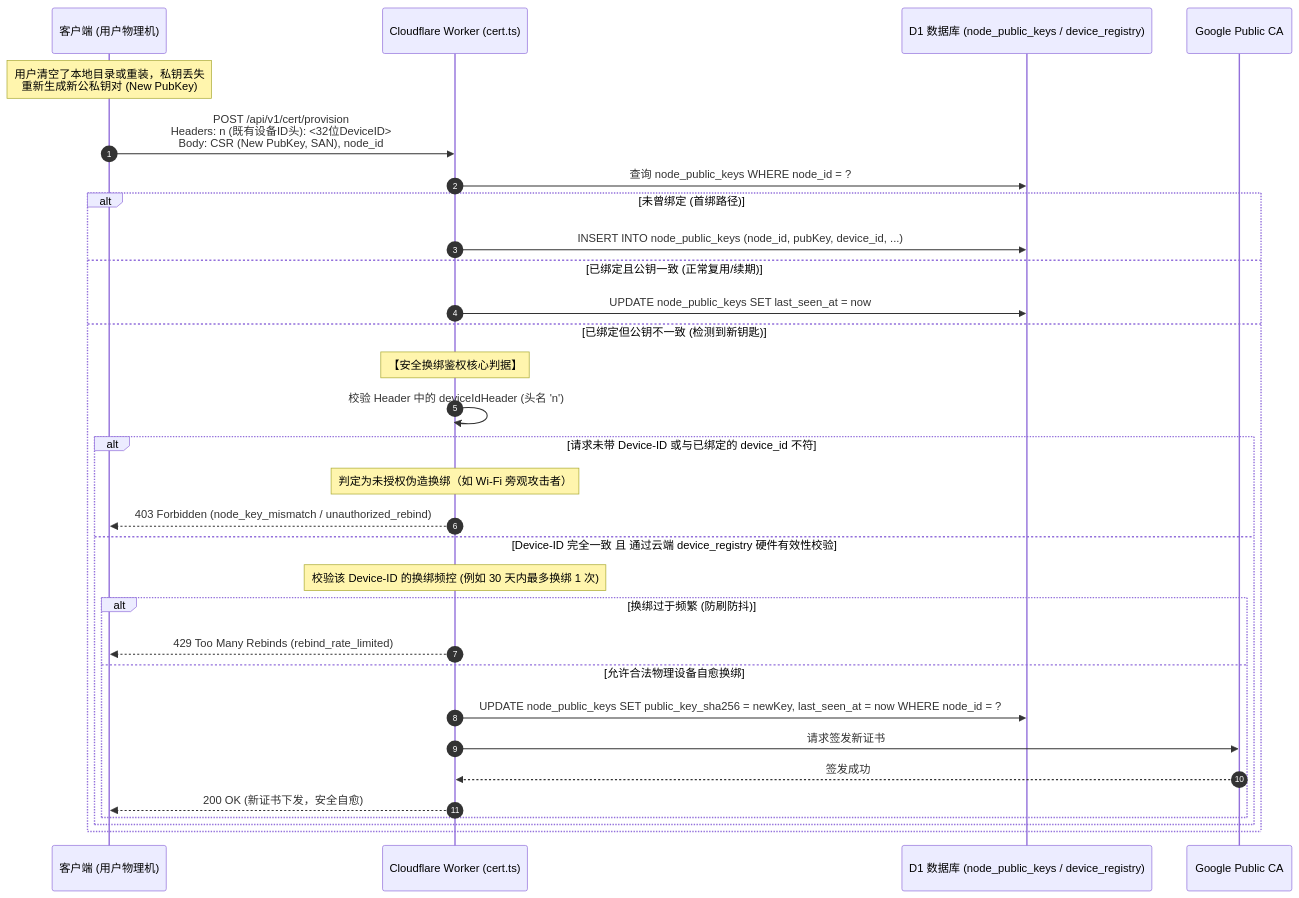
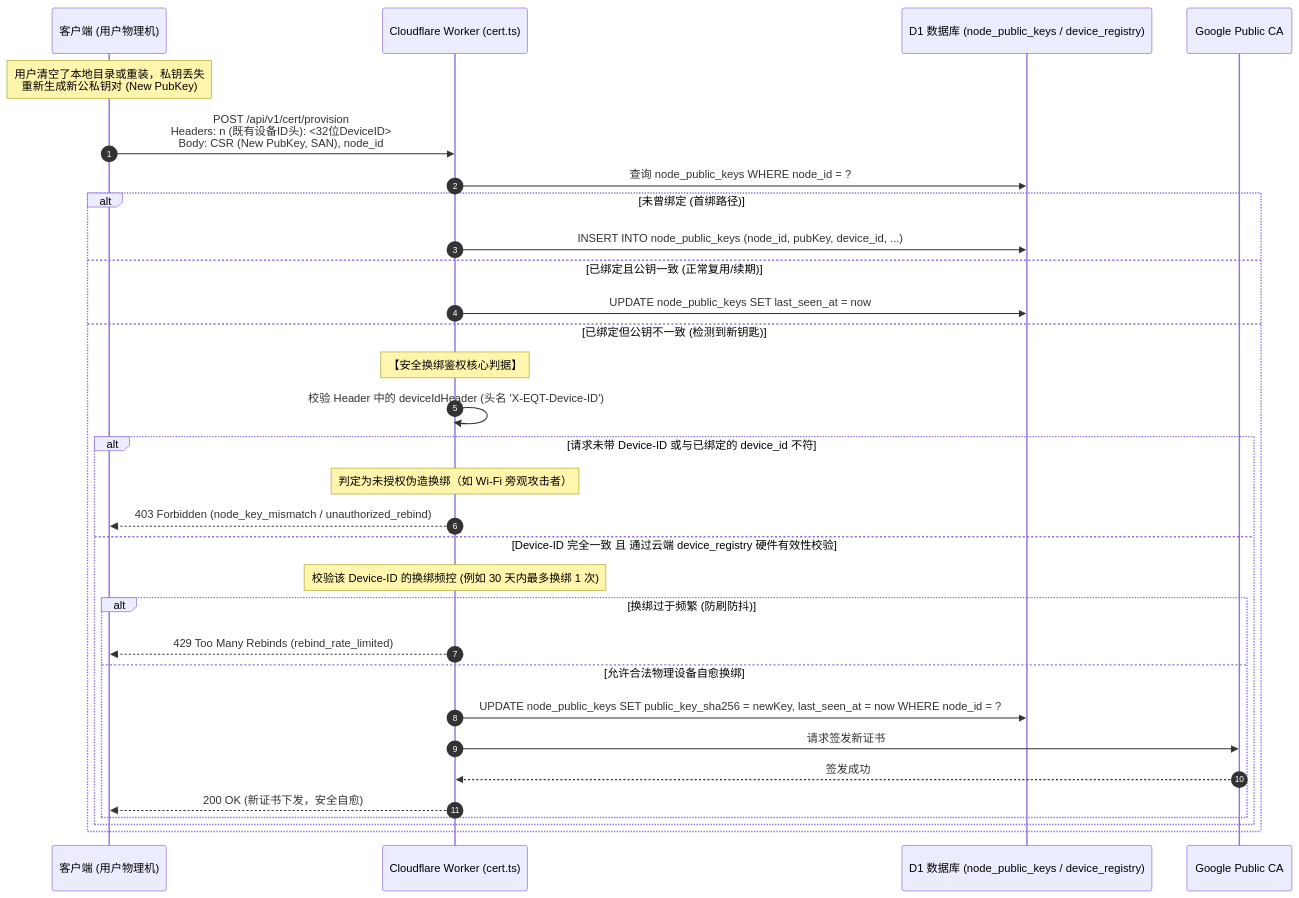
The second of 3 diagrams in docs/bugs/2026-09-12-lan-tls-key-mismatch-and-device-identity-architecture-analysis.md (forpersuit/eqrcp), drawn with Mermaid before and after one commit. The commit also changed other lines of this file, not shown here.

Commit message:
Add first-principles definitive resolution for lan-tls identity architecture

````diff
--- a/docs/bugs/2026-09-12-lan-tls-key-mismatch-and-device-identity-architecture-analysis.md
+++ b/docs/bugs/2026-09-12-lan-tls-key-mismatch-and-device-identity-architecture-analysis.md
@@ -389,35 +390,35 @@
 ```mermaid
 sequenceDiagram
     autonumber
     participant Client as 客户端 (用户物理机)
     participant Worker as Cloudflare Worker (cert.ts)
     participant D1 as D1 数据库 (node_public_keys / device_registry)
     participant GTS as Google Public CA
 
     Note over Client: 用户清空了本地目录或重装，私钥丢失<br>重新生成新公私钥对 (New PubKey)
     Client->>Worker: POST /api/v1/cert/provision<br>Headers: n (既有设备ID头): <32位DeviceID><br>Body: CSR (New PubKey, SAN), node_id
     
     Worker->>D1: 查询 node_public_keys WHERE node_id = ?
     alt 未曾绑定 (首绑路径)
         Worker->>D1: INSERT INTO node_public_keys (node_id, pubKey, device_id, ...)
     else 已绑定且公钥一致 (正常复用/续期)
         Worker->>D1: UPDATE node_public_keys SET last_seen_at = now
     else 已绑定但公钥不一致 (检测到新钥匙)
         Note over Worker: 【安全换绑鉴权核心判据】
-        Worker->>Worker: 校验 Header 中的 deviceIdHeader (头名 'n')
+        Worker->>Worker: 校验 Header 中的 deviceIdHeader (头名 'X-EQT-Device-ID')
         alt 请求未带 Device-ID 或与已绑定的 device_id 不符
             Note over Worker: 判定为未授权伪造换绑（如 Wi-Fi 旁观攻击者）
             Worker-->>Client: 403 Forbidden (node_key_mismatch / unauthorized_rebind)
         else Device-ID 完全一致 且 通过云端 device_registry 硬件有效性校验
             Note over Worker: 校验该 Device-ID 的换绑频控 (例如 30 天内最多换绑 1 次)
             alt 换绑过于频繁 (防刷防抖)
                 Worker-->>Client: 429 Too Many Rebinds (rebind_rate_limited)
             else 允许合法物理设备自愈换绑
                 Worker->>D1: UPDATE node_public_keys SET public_key_sha256 = newKey, last_seen_at = now WHERE node_id = ?
                 Worker->>GTS: 请求签发新证书
                 GTS-->>Worker: 签发成功
                 Worker-->>Client: 200 OK (新证书下发，安全自愈)
             end
         end
     end
 ```
````
